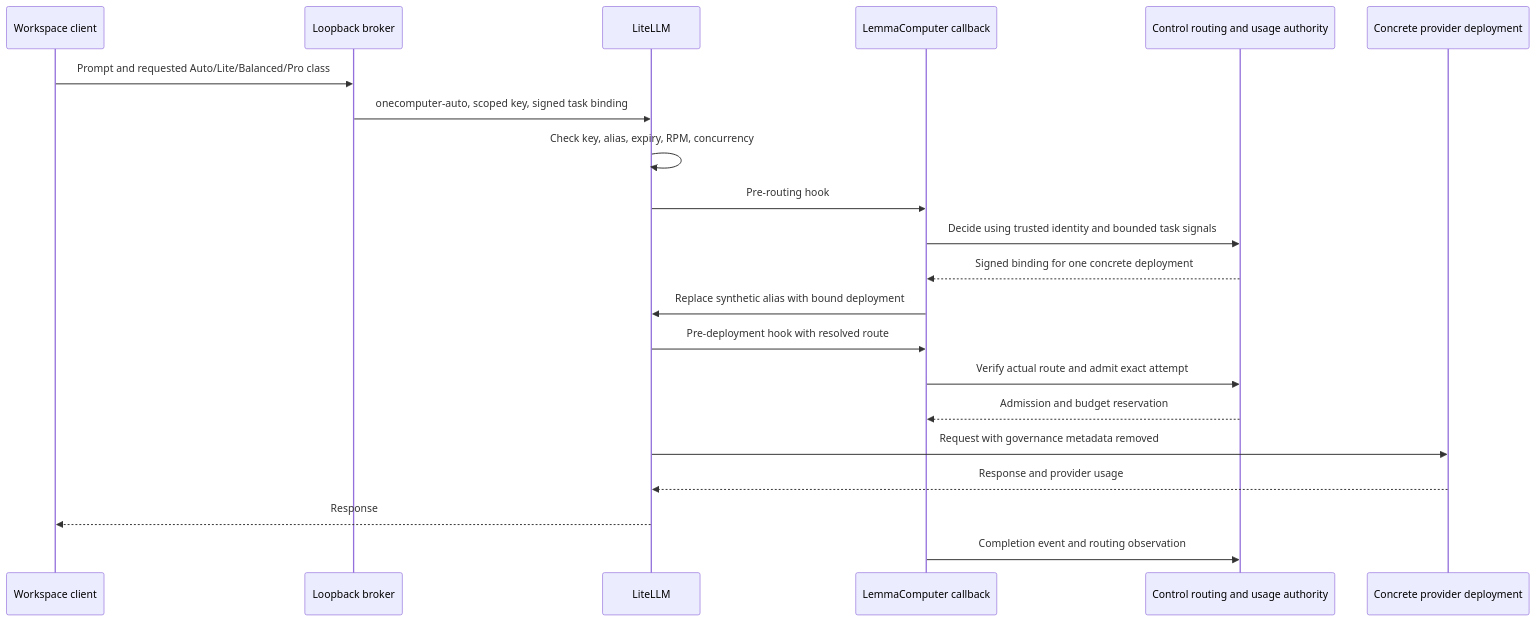
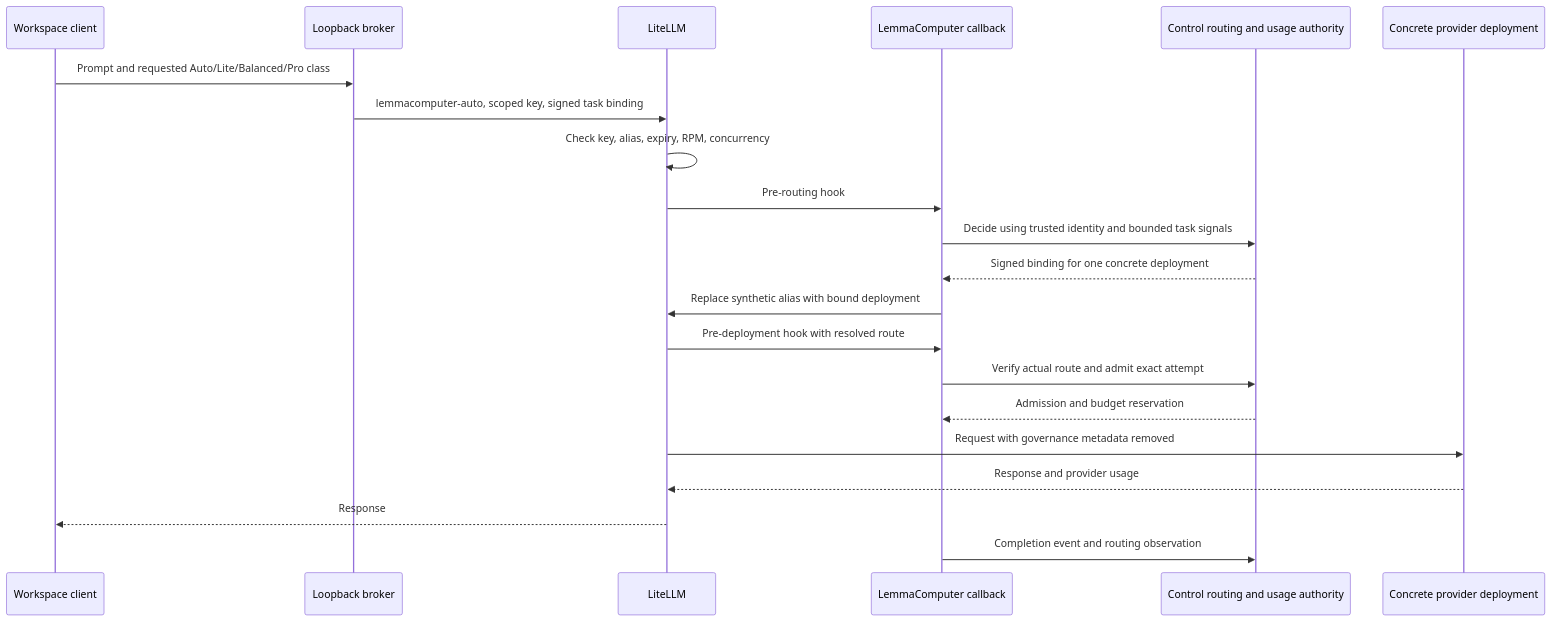
The second of 2 diagrams in docs/litellm-gateway-architecture.md (ONE-Computer/LemmaComputer), drawn with Mermaid before and after one commit. The commit also changed other lines of this file and 269 other files, not shown here.

````diff
--- a/docs/litellm-gateway-architecture.md
+++ b/docs/litellm-gateway-architecture.md
@@ -150,24 +150,24 @@
 ```mermaid
 sequenceDiagram
   participant Client as Workspace client
   participant Broker as Loopback broker
   participant Gateway as LiteLLM
   participant Callback as LemmaComputer callback
   participant Control as Control routing and usage authority
   participant Provider as Concrete provider deployment
 
   Client->>Broker: Prompt and requested Auto/Lite/Balanced/Pro class
-  Broker->>Gateway: onecomputer-auto, scoped key, signed task binding
+  Broker->>Gateway: lemmacomputer-auto, scoped key, signed task binding
   Gateway->>Gateway: Check key, alias, expiry, RPM, concurrency
   Gateway->>Callback: Pre-routing hook
   Callback->>Control: Decide using trusted identity and bounded task signals
   Control-->>Callback: Signed binding for one concrete deployment
   Callback->>Gateway: Replace synthetic alias with bound deployment
   Gateway->>Callback: Pre-deployment hook with resolved route
   Callback->>Control: Verify actual route and admit exact attempt
   Control-->>Callback: Admission and budget reservation
   Gateway->>Provider: Request with governance metadata removed
   Provider-->>Gateway: Response and provider usage
   Gateway-->>Client: Response
   Callback->>Control: Completion event and routing observation
 ```
````
